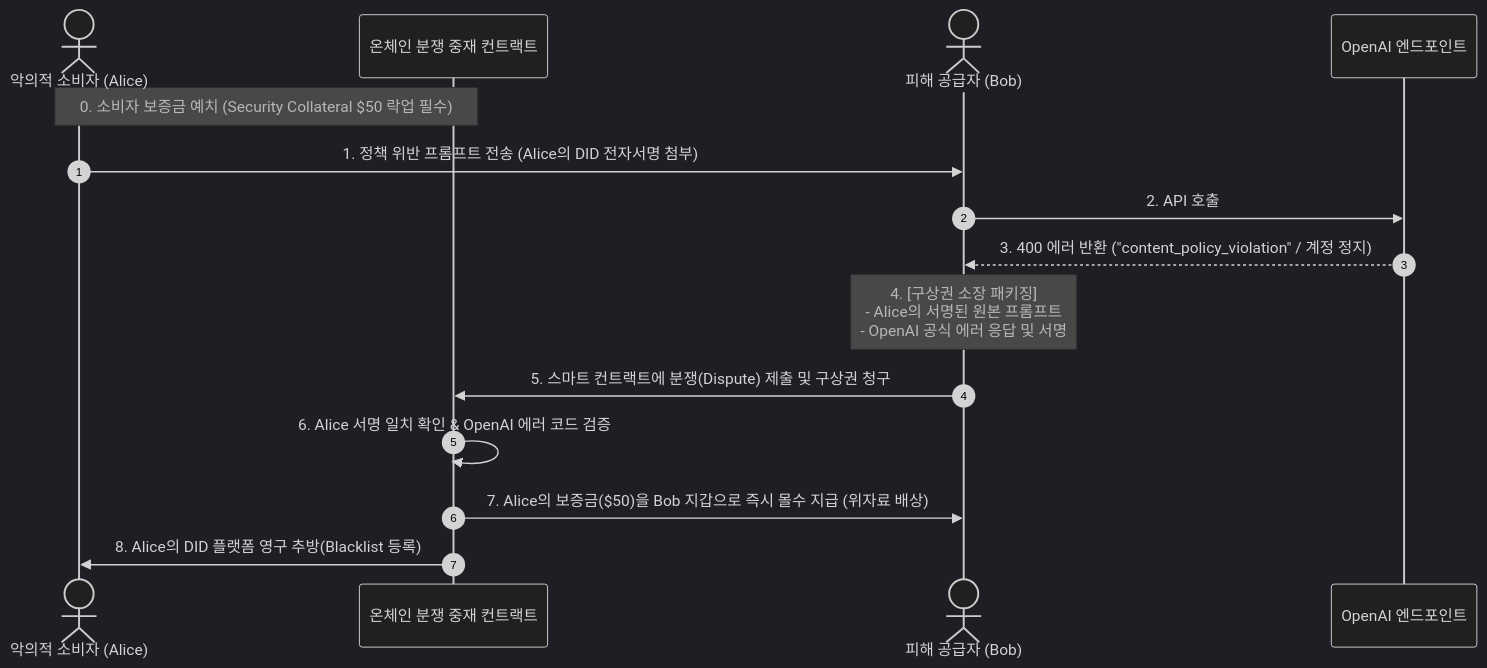
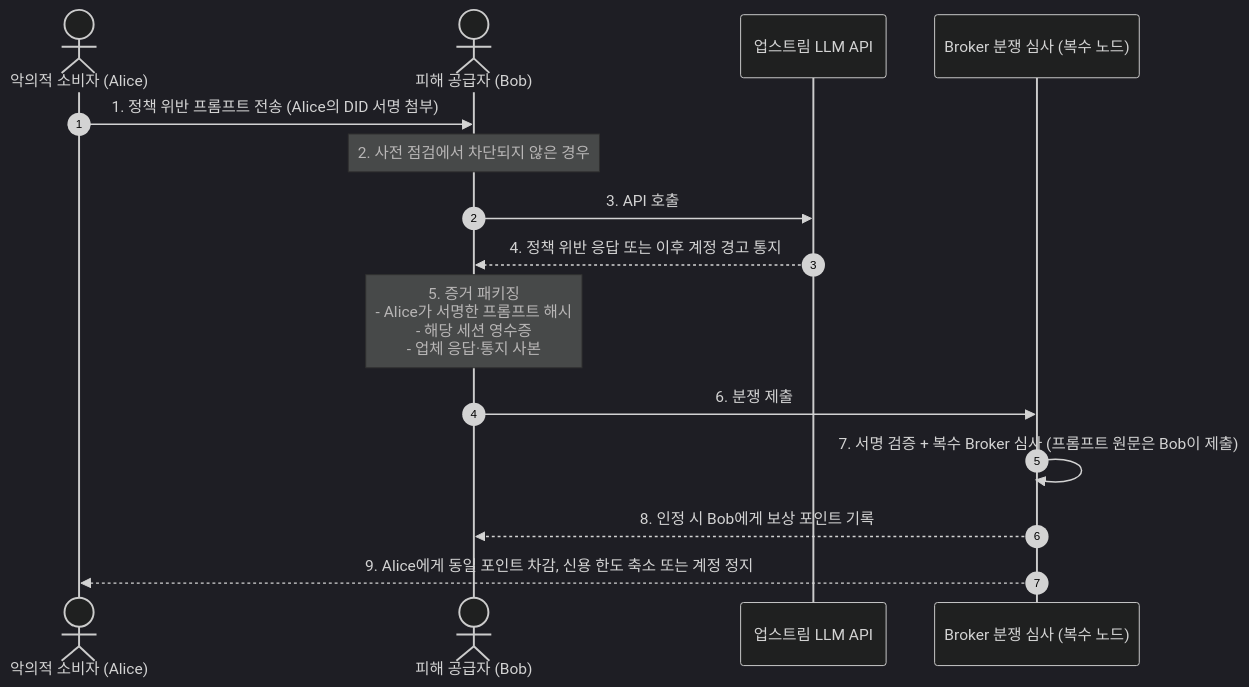
One commit to tanminkwan/share-ur-tokens changed the diagram in docs/dispute-and-indemnity.md. Above: the diagram before and after it, drawn with Mermaid (dark theme). The commit also changed other lines of this file and 12 other files, not shown here.

````diff
--- a/docs/dispute-and-indemnity.md
+++ b/docs/dispute-and-indemnity.md
@@ -20,21 +20,20 @@
 ```mermaid
 sequenceDiagram
     autonumber
     actor Consumer as 악의적 소비자 (Alice)
-    participant Contract as 온체인 분쟁 중재 컨트랙트
     actor Provider as 피해 공급자 (Bob)
-    participant OpenAI as OpenAI 엔드포인트
+    participant Upstream as 업스트림 LLM API
+    participant Brokers as Broker 분쟁 심사 (복수 노드)
 
-    Note over Consumer,Contract: 0. 소비자 보증금 예치 (Security Collateral $50 락업 필수)
+    Consumer->>Provider: 1. 정책 위반 프롬프트 전송 (Alice의 DID 서명 첨부)
+    Note over Provider: 2. 사전 점검에서 차단되지 않은 경우
+    Provider->>Upstream: 3. API 호출
+    Upstream-->>Provider: 4. 정책 위반 응답 또는 이후 계정 경고 통지
 
-    Consumer->>Provider: 1. 정책 위반 프롬프트 전송 (Alice의 DID 전자서명 첨부)
-    Provider->>OpenAI: 2. API 호출
-    OpenAI-->>Provider: 3. 400 에러 반환 ("content_policy_violation" / 계정 정지)
-    
-    Note over Provider: 4. [구상권 소장 패키징]<br/>- Alice의 서명된 원본 프롬프트<br/>- OpenAI 공식 에러 응답 및 서명
-    
-    Provider->>Contract: 5. 스마트 컨트랙트에 분쟁(Dispute) 제출 및 구상권 청구
-    Contract->>Contract: 6. Alice 서명 일치 확인 & OpenAI 에러 코드 검증
-    Contract->>Provider: 7. Alice의 보증금($50)을 Bob 지갑으로 즉시 몰수 지급 (위자료 배상)
-    Contract->>Consumer: 8. Alice의 DID 플랫폼 영구 추방(Blacklist 등록)
+    Note over Provider: 5. 증거 패키징<br/>- Alice가 서명한 프롬프트 해시<br/>- 해당 세션 영수증<br/>- 업체 응답·통지 사본
+
+    Provider->>Brokers: 6. 분쟁 제출
+    Brokers->>Brokers: 7. 서명 검증 + 복수 Broker 심사 (프롬프트 원문은 Bob이 제출)
+    Brokers-->>Provider: 8. 인정 시 Bob에게 보상 포인트 기록
+    Brokers-->>Consumer: 9. Alice에게 동일 포인트 차감, 신용 한도 축소 또는 계정 정지
 ```
````
